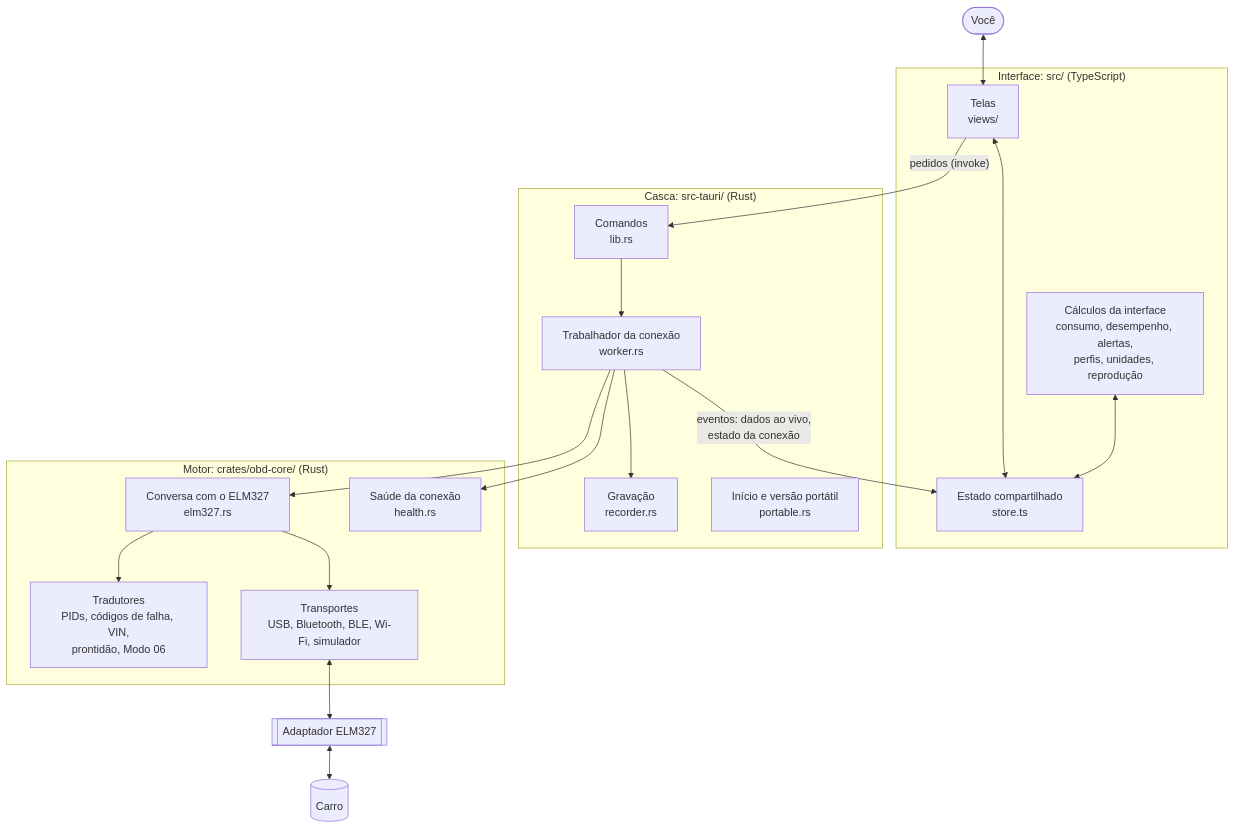
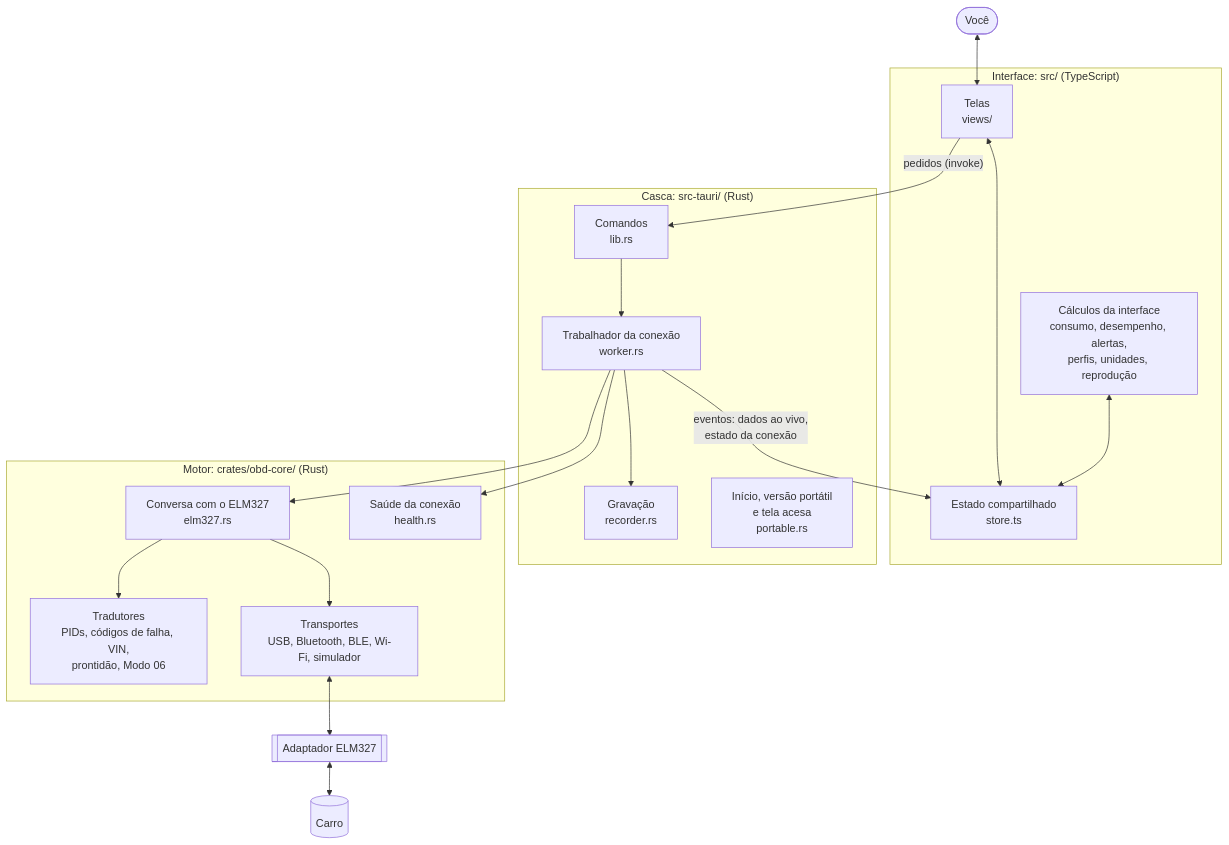
One commit to samuvieceli/obd2-scanner changed the first of 12 diagrams in docs/DIAGRAMAS.md. Above: the diagram before and after it, drawn with Mermaid. The commit also changed other lines of this file and 15 other files, not shown here.

First line of the commit message:
Windows: tela acesa durante a leitura e porta COM certa do Bluetooth

````diff
--- a/docs/DIAGRAMAS.md
+++ b/docs/DIAGRAMAS.md
@@ -15,37 +15,37 @@
 ```mermaid
 flowchart TB
     user(["Você"])
     subgraph UI["Interface: src/ (TypeScript)"]
         views["Telas<br/>views/"]
         logic["Cálculos da interface<br/>consumo, desempenho, alertas,<br/>perfis, unidades, reprodução"]
         store["Estado compartilhado<br/>store.ts"]
     end
     subgraph APP["Casca: src-tauri/ (Rust)"]
         cmds["Comandos<br/>lib.rs"]
         worker["Trabalhador da conexão<br/>worker.rs"]
         rec["Gravação<br/>recorder.rs"]
-        port["Início e versão portátil<br/>portable.rs"]
+        port["Início, versão portátil<br/>e tela acesa<br/>portable.rs"]
     end
     subgraph CORE["Motor: crates/obd-core/ (Rust)"]
         elm["Conversa com o ELM327<br/>elm327.rs"]
         dec["Tradutores<br/>PIDs, códigos de falha, VIN,<br/>prontidão, Modo 06"]
         health["Saúde da conexão<br/>health.rs"]
         trans["Transportes<br/>USB, Bluetooth, BLE, Wi-Fi, simulador"]
     end
     adapter[["Adaptador ELM327"]]
     car[("Carro")]
 
     user <--> views
     views <--> store
     logic <--> store
     views -- "pedidos (invoke)" --> cmds
     worker -- "eventos: dados ao vivo,<br/>estado da conexão" --> store
     cmds --> worker
     worker --> rec
     worker --> elm
     worker --> health
     elm --> dec
     elm --> trans
     trans <--> adapter
     adapter <--> car
 ```
````
